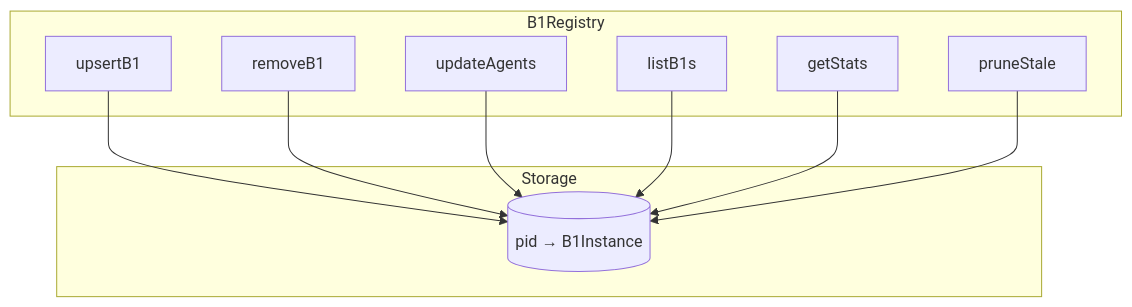
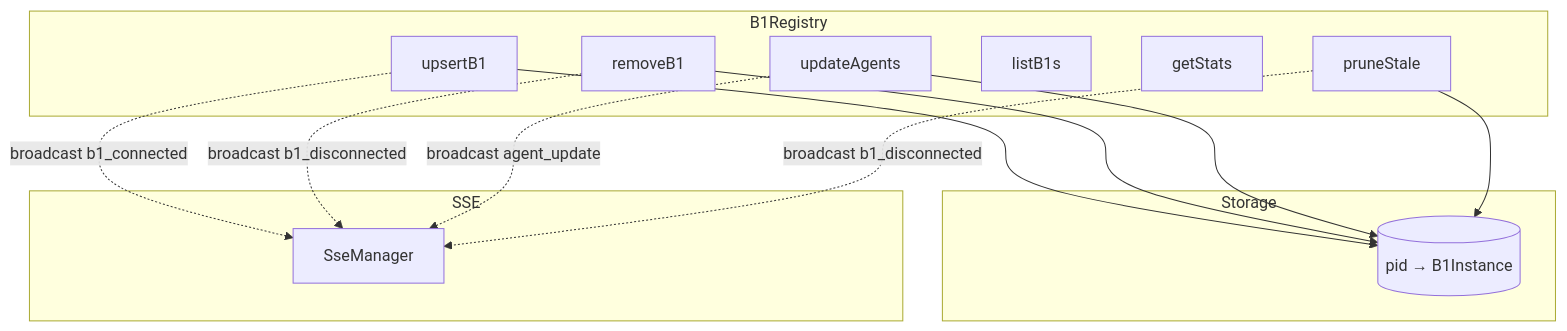
One commit to opensassi/a0 changed the first of 2 diagrams in src/c2/b1_registry.spec.md. Above: the diagram before and after it, drawn with Mermaid. The commit also changed other lines of this file and 71 other files, not shown here.

````diff
--- a/src/c2/b1_registry.spec.md
+++ b/src/c2/b1_registry.spec.md
@@ -37,22 +40,28 @@
 ```mermaid
 graph TB
     subgraph B1Registry
         UPSERT[upsertB1]
         REMOVE[removeB1]
         UPDATE[updateAgents]
         LIST[listB1s]
         STATS[getStats]
         PRUNE[pruneStale]
     end
 
     subgraph Storage
         MAP[(pid → B1Instance)]
     end
 
+    subgraph SSE
+        SSE_MGR[SseManager]
+    end
+
     UPSERT --> MAP
     REMOVE --> MAP
     UPDATE --> MAP
-    LIST --> MAP
-    STATS --> MAP
     PRUNE --> MAP
+    UPSERT -.->|broadcast b1_connected| SSE_MGR
+    REMOVE -.->|broadcast b1_disconnected| SSE_MGR
+    UPDATE -.->|broadcast agent_update| SSE_MGR
+    PRUNE -.->|broadcast b1_disconnected| SSE_MGR
 ```
````
